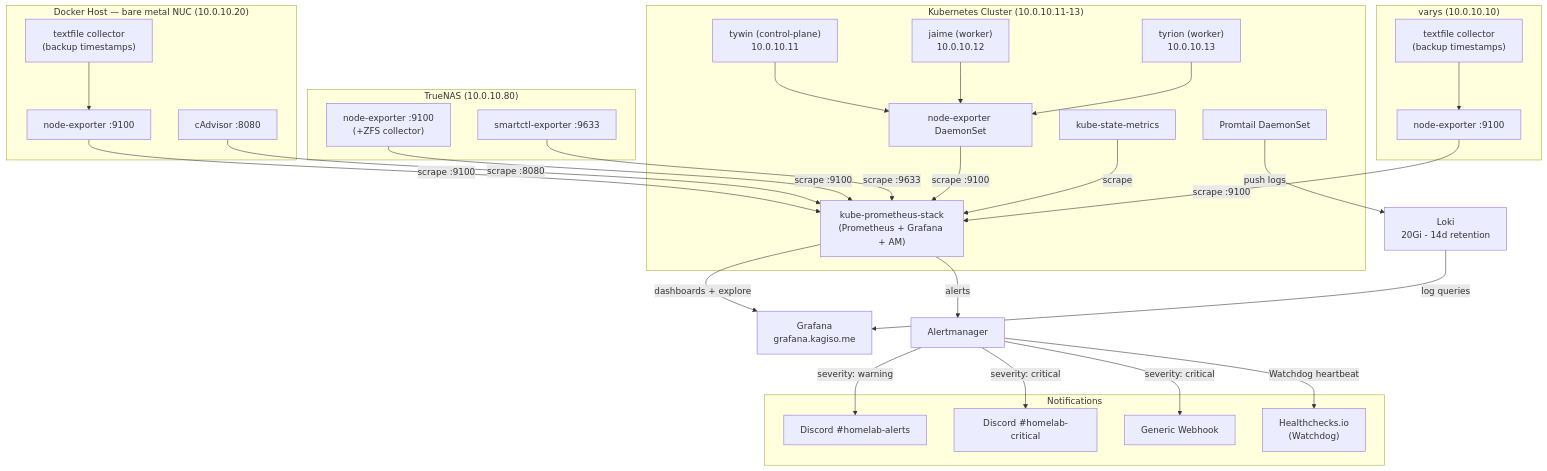
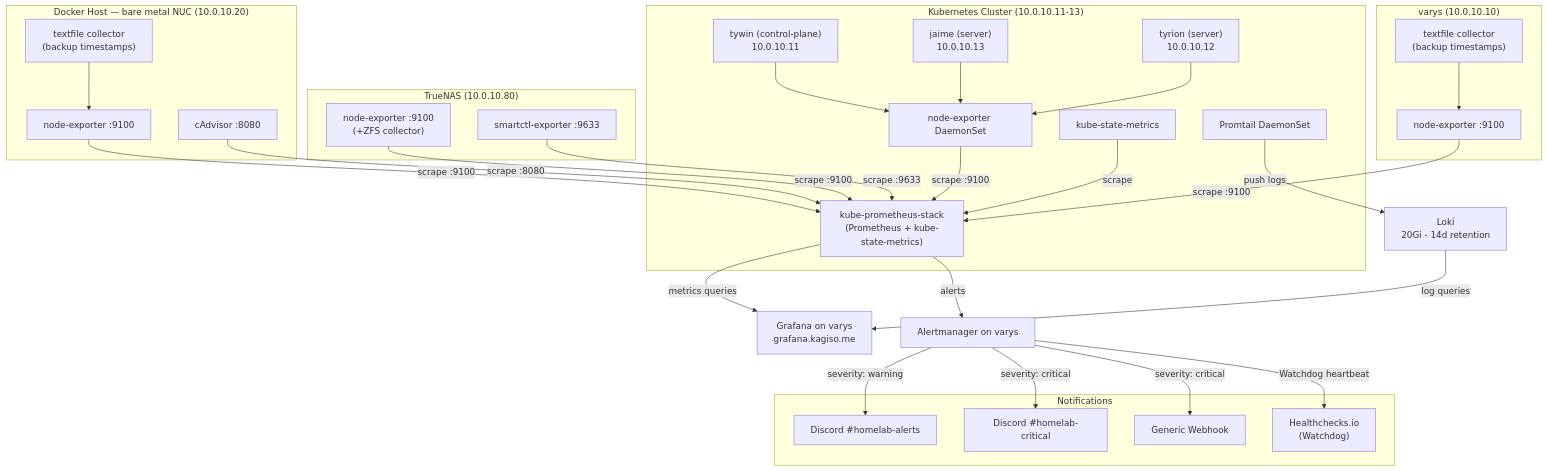
Before and after one commit to Kagiso-me/homelab-infrastructure: the diagram in docs/guides/09-Monitoring-Observability.md, drawn with Mermaid. The commit also changed other lines of this file and 40 other files, not shown here.

````diff
--- a/docs/guides/09-Monitoring-Observability.md
+++ b/docs/guides/09-Monitoring-Observability.md
@@ -80,62 +80,62 @@
 ```mermaid
 graph TD
     subgraph k8s["Kubernetes Cluster (10.0.10.11-13)"]
         tywin["tywin (control-plane)\n10.0.10.11"]
-        jaime["jaime (worker)\n10.0.10.12"]
-        tyrion["tyrion (worker)\n10.0.10.13"]
+        jaime["jaime (server)\n10.0.10.13"]
+        tyrion["tyrion (server)\n10.0.10.12"]
         ne_k8s["node-exporter DaemonSet"]
         ksm["kube-state-metrics"]
         promtail["Promtail DaemonSet"]
-        prom_stack["kube-prometheus-stack\n(Prometheus + Grafana + AM)"]
+        prom_stack["kube-prometheus-stack\n(Prometheus + kube-state-metrics)"]
     end
 
     subgraph docker["Docker Host — bare metal NUC (10.0.10.20)"]
         ne_docker["node-exporter :9100"]
         cadvisor["cAdvisor :8080"]
         backup_txt["textfile collector\n(backup timestamps)"]
     end
 
     subgraph truenas["TrueNAS (10.0.10.80)"]
         ne_truenas["node-exporter :9100\n(+ZFS collector)"]
         smartctl["smartctl-exporter :9633"]
     end
 
     subgraph varys_box["varys (10.0.10.10)"]
         ne_varys["node-exporter :9100"]
         varys_txt["textfile collector\n(backup timestamps)"]
     end
 
     subgraph notify["Notifications"]
         discord_warn["Discord #homelab-alerts"]
         discord_crit["Discord #homelab-critical"]
         webhook["Generic Webhook"]
         hcio["Healthchecks.io\n(Watchdog)"]
     end
 
     tywin --> ne_k8s
     jaime --> ne_k8s
     tyrion --> ne_k8s
 
     ne_k8s -->|scrape :9100| prom_stack
     ksm -->|scrape| prom_stack
     promtail -->|push logs| loki["Loki\n20Gi - 14d retention"]
 
     ne_docker -->|scrape :9100| prom_stack
     cadvisor -->|scrape :8080| prom_stack
     backup_txt --> ne_docker
 
     ne_truenas -->|scrape :9100| prom_stack
     smartctl -->|scrape :9633| prom_stack
 
     ne_varys -->|scrape :9100| prom_stack
     varys_txt --> ne_varys
 
-    prom_stack -->|dashboards + explore| grafana["Grafana\ngrafana.kagiso.me"]
+    prom_stack -->|metrics queries| grafana["Grafana on varys\ngrafana.kagiso.me"]
     loki -->|log queries| grafana
 
-    prom_stack -->|alerts| am["Alertmanager"]
+    prom_stack -->|alerts| am["Alertmanager on varys"]
     am -->|severity: warning| discord_warn
     am -->|severity: critical| discord_crit
     am -->|severity: critical| webhook
     am -->|Watchdog heartbeat| hcio
 ```
````
